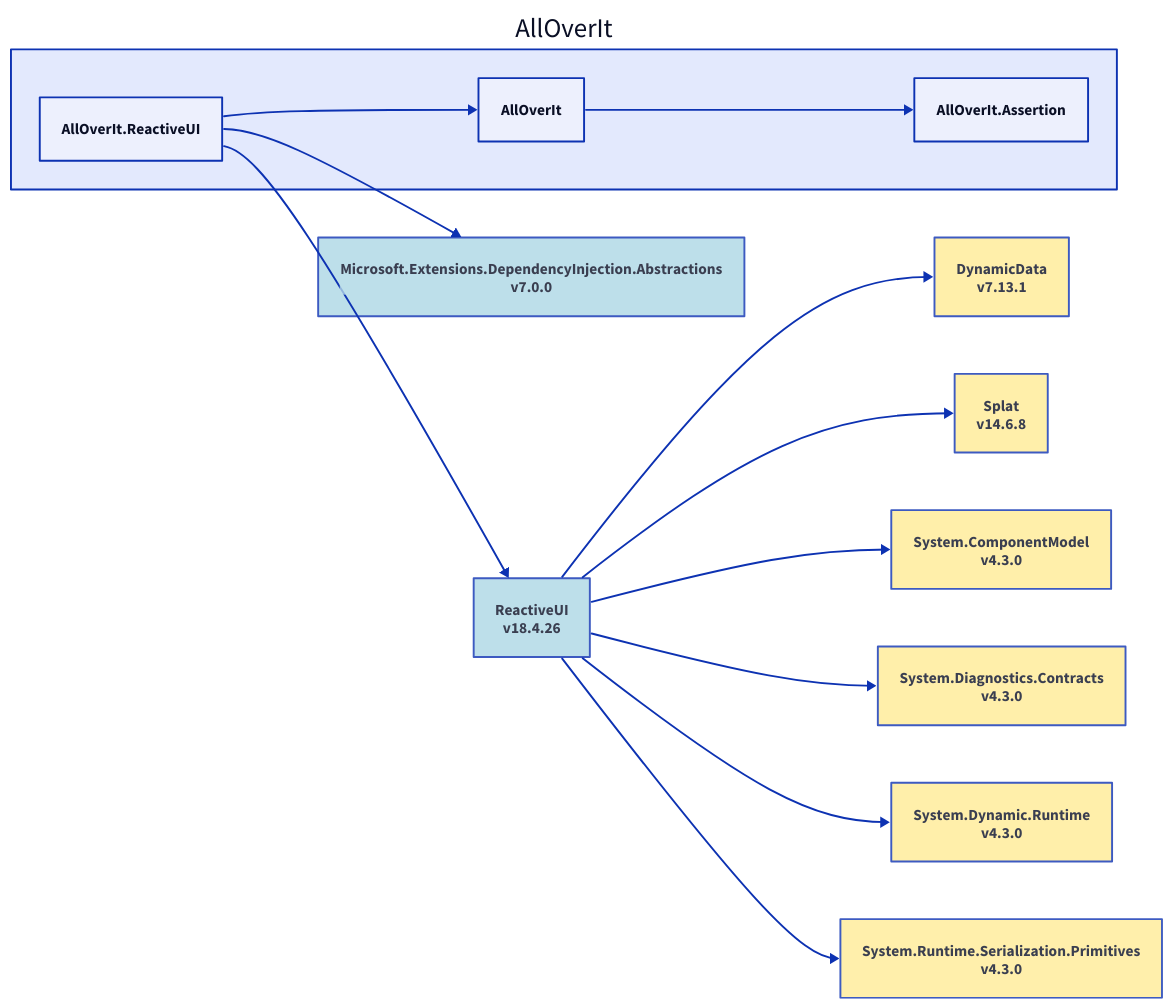
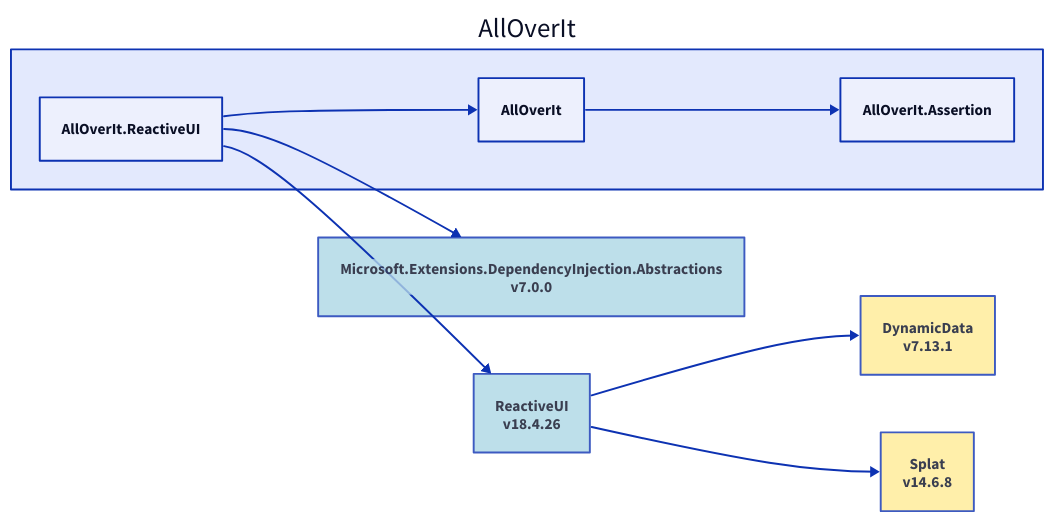
The diagram in Docs/Dependencies/alloverit-reactiveui.d2 (nickathone/AllOverIt), drawn with D2 before and after one commit. The commit also changed 30 other files, not shown here.

Commit message:
Dependency diagram updates

```diff
--- a/Docs/Dependencies/alloverit-reactiveui.d2
+++ b/Docs/Dependencies/alloverit-reactiveui.d2
@@ -1,40 +1,24 @@
 direction: right
 
 aoi: AllOverIt
 aoi.alloverit-reactiveui: AllOverIt.ReactiveUI
 microsoft-extensions-dependencyinjection-abstractions_7-0-0: Microsoft.Extensions.DependencyInjection.Abstractions\nv7.0.0
 microsoft-extensions-dependencyinjection-abstractions_7-0-0.style.fill: "#ADD8E6"
 microsoft-extensions-dependencyinjection-abstractions_7-0-0.style.opacity: 0.8
 microsoft-extensions-dependencyinjection-abstractions_7-0-0 <- aoi.alloverit-reactiveui
 reactiveui_18-4-26: ReactiveUI\nv18.4.26
 reactiveui_18-4-26.style.fill: "#ADD8E6"
 reactiveui_18-4-26.style.opacity: 0.8
 dynamicdata_7-13-1: DynamicData\nv7.13.1
 dynamicdata_7-13-1.style.fill: "#FFEC96"
 dynamicdata_7-13-1.style.opacity: 0.8
 dynamicdata_7-13-1 <- reactiveui_18-4-26
 splat_14-6-8: Splat\nv14.6.8
 splat_14-6-8.style.fill: "#FFEC96"
 splat_14-6-8.style.opacity: 0.8
 splat_14-6-8 <- reactiveui_18-4-26
-system-componentmodel_4-3-0: System.ComponentModel\nv4.3.0
-system-componentmodel_4-3-0.style.fill: "#FFEC96"
-system-componentmodel_4-3-0.style.opacity: 0.8
-system-componentmodel_4-3-0 <- reactiveui_18-4-26
-system-diagnostics-contracts_4-3-0: System.Diagnostics.Contracts\nv4.3.0
-system-diagnostics-contracts_4-3-0.style.fill: "#FFEC96"
-system-diagnostics-contracts_4-3-0.style.opacity: 0.8
-system-diagnostics-contracts_4-3-0 <- reactiveui_18-4-26
-system-dynamic-runtime_4-3-0: System.Dynamic.Runtime\nv4.3.0
-system-dynamic-runtime_4-3-0.style.fill: "#FFEC96"
-system-dynamic-runtime_4-3-0.style.opacity: 0.8
-system-dynamic-runtime_4-3-0 <- reactiveui_18-4-26
-system-runtime-serialization-primitives_4-3-0: System.Runtime.Serialization.Primitives\nv4.3.0
-system-runtime-serialization-primitives_4-3-0.style.fill: "#FFEC96"
-system-runtime-serialization-primitives_4-3-0.style.opacity: 0.8
-system-runtime-serialization-primitives_4-3-0 <- reactiveui_18-4-26
 reactiveui_18-4-26 <- aoi.alloverit-reactiveui
 aoi.alloverit: AllOverIt
 aoi.alloverit-assertion: AllOverIt.Assertion
 aoi.alloverit-assertion <- aoi.alloverit
 aoi.alloverit <- aoi.alloverit-reactiveui
```
